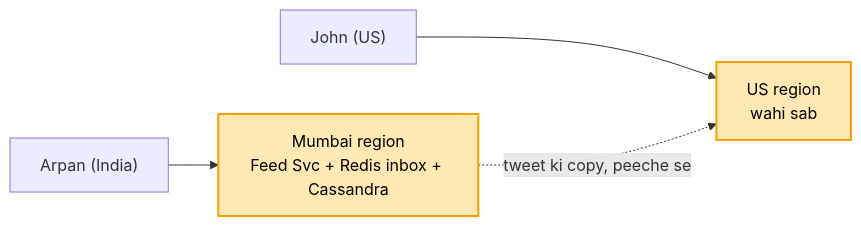
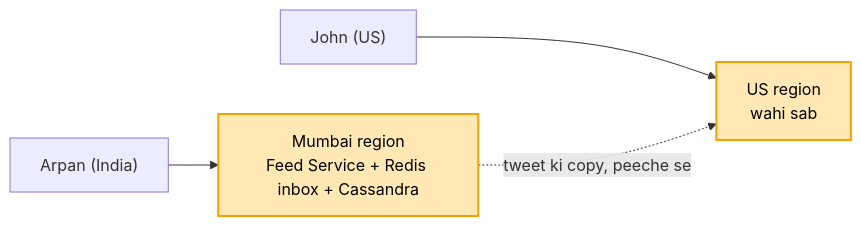
One commit to ArpanMaheshwari144/Prep changed the ninth of 9 diagrams in 04_HLD/SYSTEM_DESIGNS/03_twitter_feed/03_twitter_feed.md. Above: the diagram before and after it, drawn with Mermaid. The commit also changed other lines of this file and 8 other files, not shown here.

````diff
--- a/04_HLD/SYSTEM_DESIGNS/03_twitter_feed/03_twitter_feed.md
+++ b/04_HLD/SYSTEM_DESIGNS/03_twitter_feed/03_twitter_feed.md
@@ -338,8 +338,8 @@
 ```mermaid
 flowchart LR
-    A["Arpan (India)"] --> M["Mumbai region<br/>Feed Svc + Redis inbox + Cassandra"]
+    A["Arpan (India)"] --> M["Mumbai region<br/>Feed Service + Redis inbox + Cassandra"]
     J["John (US)"] --> U["US region<br/>wahi sab"]
     M -. "tweet ki copy, peeche se" .-> U
     style M fill:#ffe8b3,stroke:#f59f00,stroke-width:2px,color:#000
     style U fill:#ffe8b3,stroke:#f59f00,stroke-width:2px,color:#000
 ```
````
